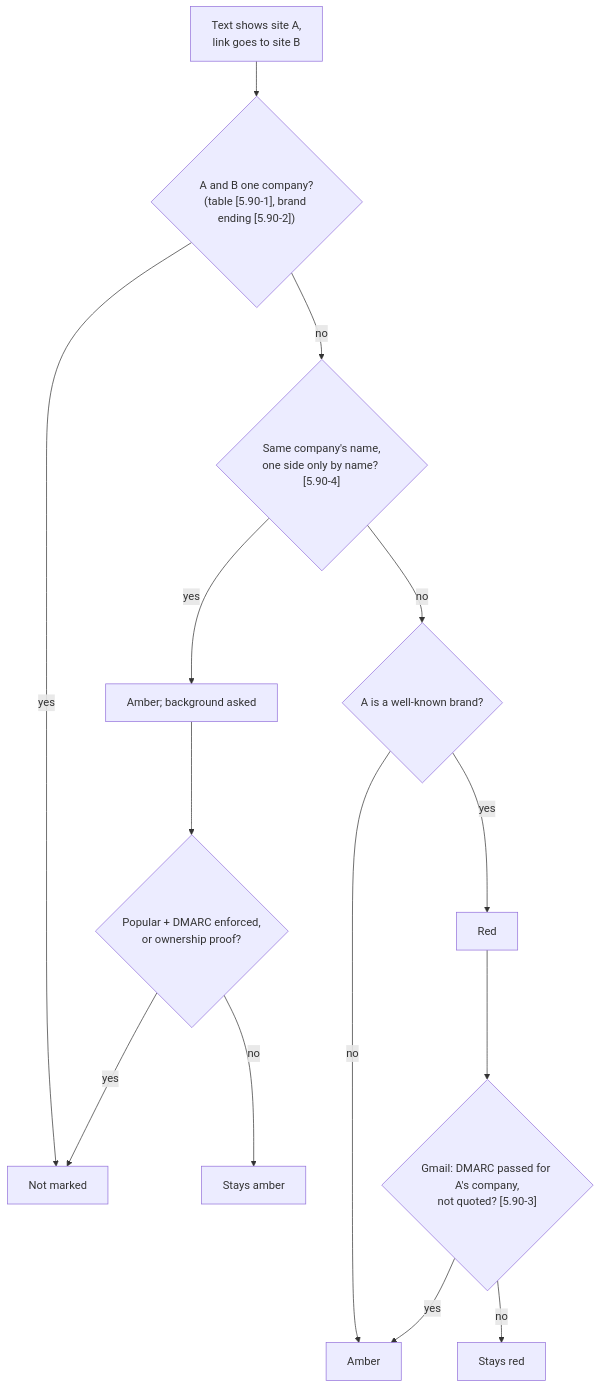
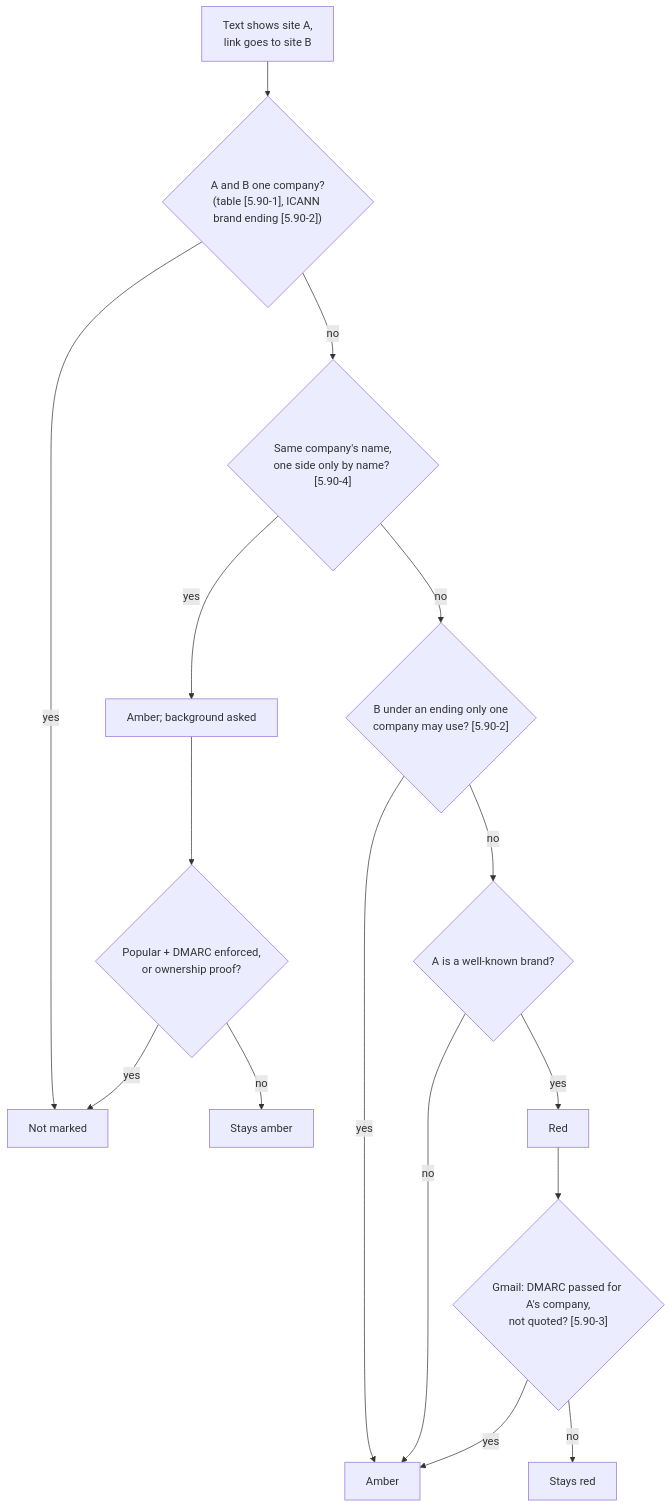
The fourth of 9 diagrams in docs/ARCHITECTURE.md (thecodewarrior2/SPRUCE-Browser-Extension), drawn with Mermaid before and after one commit. The commit also changed other lines of this file and 14 other files, not shown here.

````diff
--- a/docs/ARCHITECTURE.md
+++ b/docs/ARCHITECTURE.md
@@ -145,14 +146,16 @@
 ```mermaid
 flowchart TD
-  T["Text shows site A,<br/>link goes to site B"] --> S{"A and B one company?<br/>(table [5.90-1], brand ending [5.90-2])"}
+  T["Text shows site A,<br/>link goes to site B"] --> S{"A and B one company?<br/>(table [5.90-1], ICANN brand ending [5.90-2])"}
   S -- yes --> OK["Not marked"]
   S -- no --> N{"Same company's name,<br/>one side only by name? [5.90-4]"}
   N -- yes --> AM["Amber; background asked"] --> P{"Popular + DMARC enforced,<br/>or ownership proof?"}
   P -- yes --> OK
   P -- no --> AM2["Stays amber"]
-  N -- no --> B{"A is a well-known brand?"}
+  N -- no --> EN{"B under an ending only one<br/>company may use? [5.90-2]"}
+  EN -- yes --> C
+  EN -- no --> B{"A is a well-known brand?"}
   B -- no --> C["Amber"]
   B -- yes --> R["Red"] --> V{"Gmail: DMARC passed for A's company,<br/>not quoted? [5.90-3]"}
   V -- yes --> C
   V -- no --> R2["Stays red"]
 ```
````
